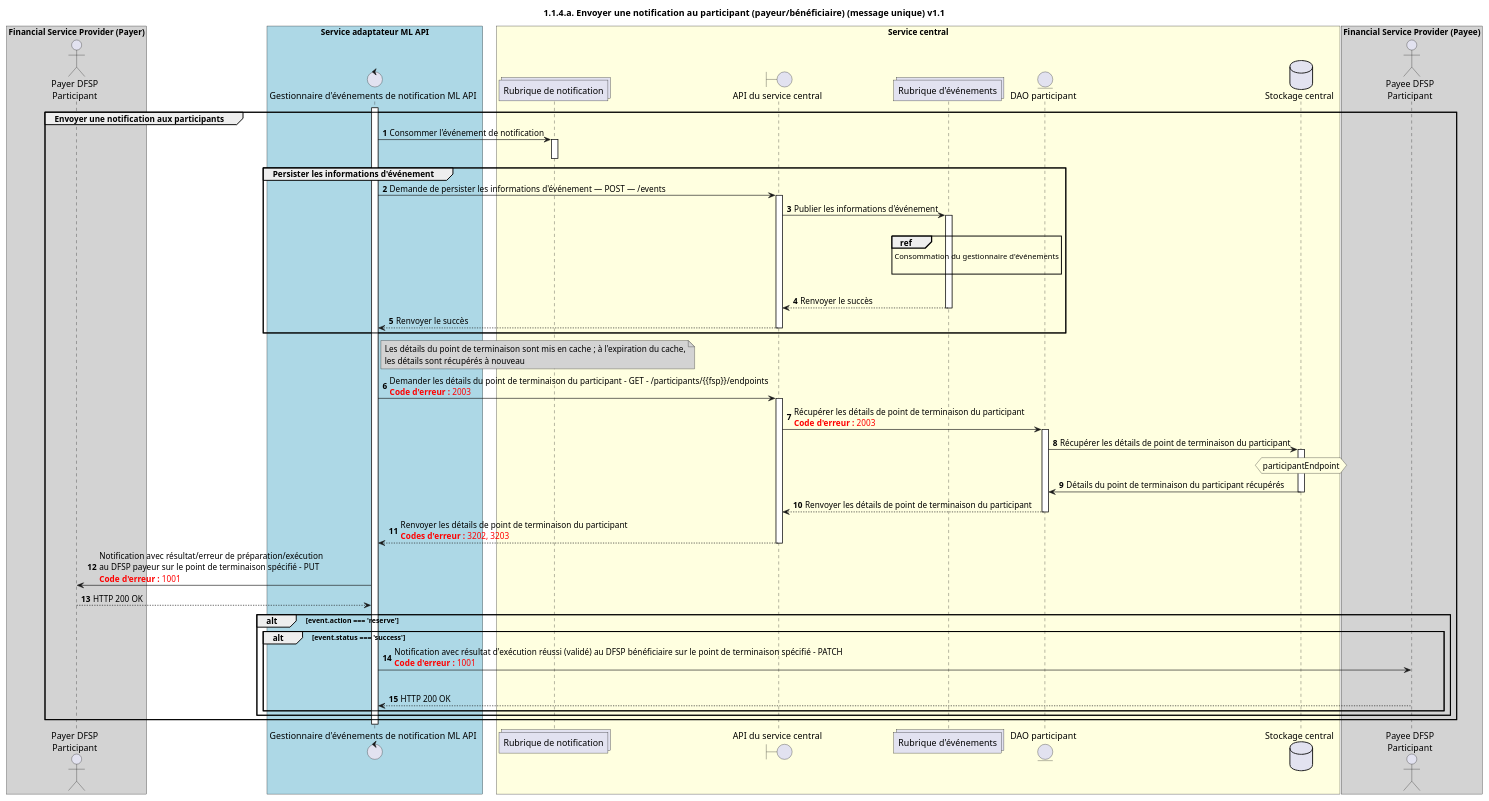
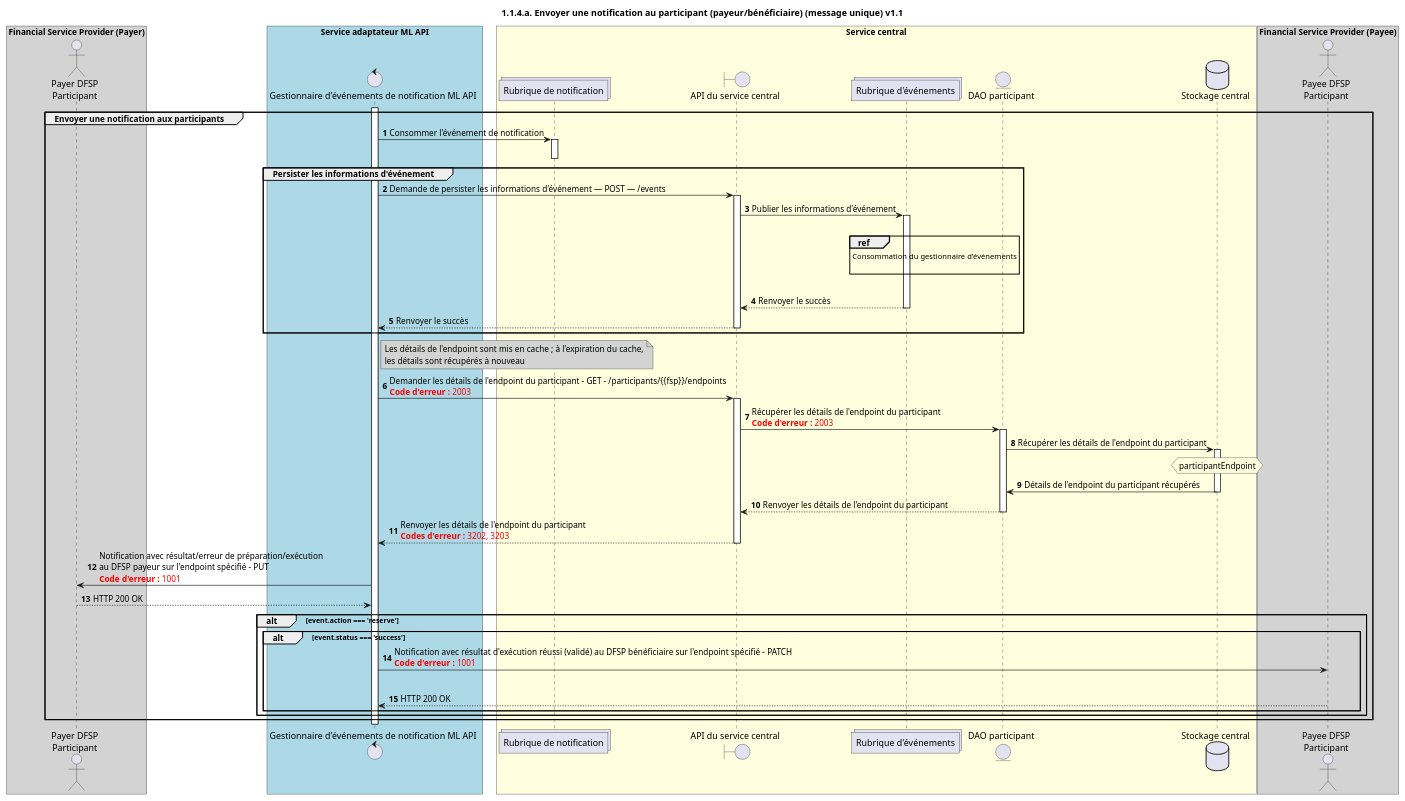
One commit to mojaloop/documentation changed the diagram in docs/fr/technical/technical/central-ledger/assets/diagrams/sequence/seq-prepare-1.1.4.a-v1.1.plantuml. Above: the diagram before and after it, drawn with PlantUML. The commit also changed 51 other files, not shown here.

```diff
--- a/docs/fr/technical/technical/central-ledger/assets/diagrams/sequence/seq-prepare-1.1.4.a-v1.1.plantuml
+++ b/docs/fr/technical/technical/central-ledger/assets/diagrams/sequence/seq-prepare-1.1.4.a-v1.1.plantuml
@@ -28,96 +28,96 @@
 @startuml
 ' declate title
 title 1.1.4.a. Envoyer une notification au participant (payeur/bénéficiaire) (message unique) v1.1
 
 autonumber
 
 ' Actor Keys:
 '   actor - Payer DFSP, Payee DFSP
 '   boundary - APIs/Interfaces, etc
 '   collections - Kafka Topics
 '   control - Kafka Consumers
 '   entity - Database Access Objects
 '   database - Database Persistance Store
 
 ' declare actors
 actor "Payer DFSP\nParticipant" as PAYER_DFSP
 actor "Payee DFSP\nParticipant" as PAYEE_DFSP
 control "Gestionnaire d'événements de notification ML API" as NOTIFY_HANDLER
 boundary "API du service central" as CSAPI
 collections "Rubrique de notification" as TOPIC_NOTIFICATIONS
 collections "Rubrique d'événements" as TOPIC_EVENTS
 entity "DAO participant" as PARTICIPANT_DAO
 database "Stockage central" as DB
 
 box "Financial Service Provider (Payer)" #lightGray
 	participant PAYER_DFSP
 end box
 
 box "Service adaptateur ML API" #LightBlue
 	participant NOTIFY_HANDLER
 end box
 
 box "Service central" #LightYellow
     participant TOPIC_NOTIFICATIONS
     participant CSAPI
     participant TOPIC_EVENTS
     participant PARTICIPANT_DAO
     participant DB
 end box
 
 box "Financial Service Provider (Payee)" #lightGray
 	participant PAYEE_DFSP
 end box
 
 ' start flow
 activate NOTIFY_HANDLER
 group Envoyer une notification aux participants
     TOPIC_NOTIFICATIONS <- NOTIFY_HANDLER: Consommer l'événement de notification
     activate TOPIC_NOTIFICATIONS
     deactivate TOPIC_NOTIFICATIONS
 
     group Persister les informations d'événement
         NOTIFY_HANDLER -> CSAPI: Demande de persister les informations d'événement — POST — /events
         activate CSAPI
         CSAPI -> TOPIC_EVENTS: Publier les informations d'événement
         activate TOPIC_EVENTS
         |||
         ref over TOPIC_EVENTS :  Consommation du gestionnaire d'événements\n
         |||
         TOPIC_EVENTS --> CSAPI: Renvoyer le succès
         deactivate TOPIC_EVENTS
         CSAPI --> NOTIFY_HANDLER: Renvoyer le succès
         deactivate CSAPI
     end
     note right of NOTIFY_HANDLER #lightgray
-        Les détails du point de terminaison sont mis en cache ; à l'expiration du cache,
+        Les détails de l'endpoint sont mis en cache ; à l'expiration du cache,
         les détails sont récupérés à nouveau
     end note
-    NOTIFY_HANDLER -> CSAPI: Demander les détails du point de terminaison du participant - GET - /participants/{{fsp}}/endpoints\n<color #FF0000><b>Code d'erreur :</b> 2003</color>
+    NOTIFY_HANDLER -> CSAPI: Demander les détails de l'endpoint du participant - GET - /participants/{{fsp}}/endpoints\n<color #FF0000><b>Code d'erreur :</b> 2003</color>
 
     activate CSAPI
-    CSAPI -> PARTICIPANT_DAO: Récupérer les détails de point de terminaison du participant\n<color #FF0000><b>Code d'erreur :</b> 2003</color>
+    CSAPI -> PARTICIPANT_DAO: Récupérer les détails de l'endpoint du participant\n<color #FF0000><b>Code d'erreur :</b> 2003</color>
     activate PARTICIPANT_DAO
-    PARTICIPANT_DAO -> DB: Récupérer les détails de point de terminaison du participant
+    PARTICIPANT_DAO -> DB: Récupérer les détails de l'endpoint du participant
     activate DB
     hnote over DB #lightyellow
         participantEndpoint
     end note
-    DB -> PARTICIPANT_DAO: Détails du point de terminaison du participant récupérés
+    DB -> PARTICIPANT_DAO: Détails de l'endpoint du participant récupérés
     deactivate DB
-    PARTICIPANT_DAO --> CSAPI: Renvoyer les détails de point de terminaison du participant
+    PARTICIPANT_DAO --> CSAPI: Renvoyer les détails de l'endpoint du participant
     deactivate PARTICIPANT_DAO
-    CSAPI --> NOTIFY_HANDLER: Renvoyer les détails de point de terminaison du participant\n<color #FF0000><b>Codes d'erreur :</b> 3202, 3203</color>
+    CSAPI --> NOTIFY_HANDLER: Renvoyer les détails de l'endpoint du participant\n<color #FF0000><b>Codes d'erreur :</b> 3202, 3203</color>
     deactivate CSAPI
-    NOTIFY_HANDLER -> PAYER_DFSP: Notification avec résultat/erreur de préparation/exécution \nau DFSP payeur sur le point de terminaison spécifié - PUT \n<color #FF0000><b>Code d'erreur :</b> 1001</color>
+    NOTIFY_HANDLER -> PAYER_DFSP: Notification avec résultat/erreur de préparation/exécution \nau DFSP payeur sur l'endpoint spécifié - PUT \n<color #FF0000><b>Code d'erreur :</b> 1001</color>
     NOTIFY_HANDLER <-- PAYER_DFSP: HTTP 200 OK
     alt event.action === 'reserve'
         alt event.status === 'success'
-        NOTIFY_HANDLER -> PAYEE_DFSP: Notification avec résultat d'exécution réussi (validé) au DFSP bénéficiaire sur le point de terminaison spécifié - PATCH \n<color #FF0000><b>Code d'erreur :</b> 1001</color>
+        NOTIFY_HANDLER -> PAYEE_DFSP: Notification avec résultat d'exécution réussi (validé) au DFSP bénéficiaire sur l'endpoint spécifié - PATCH \n<color #FF0000><b>Code d'erreur :</b> 1001</color>
         |||
         NOTIFY_HANDLER <-- PAYEE_DFSP: HTTP 200 OK
         end 
     end
 end
 deactivate NOTIFY_HANDLER
 @enduml
```
